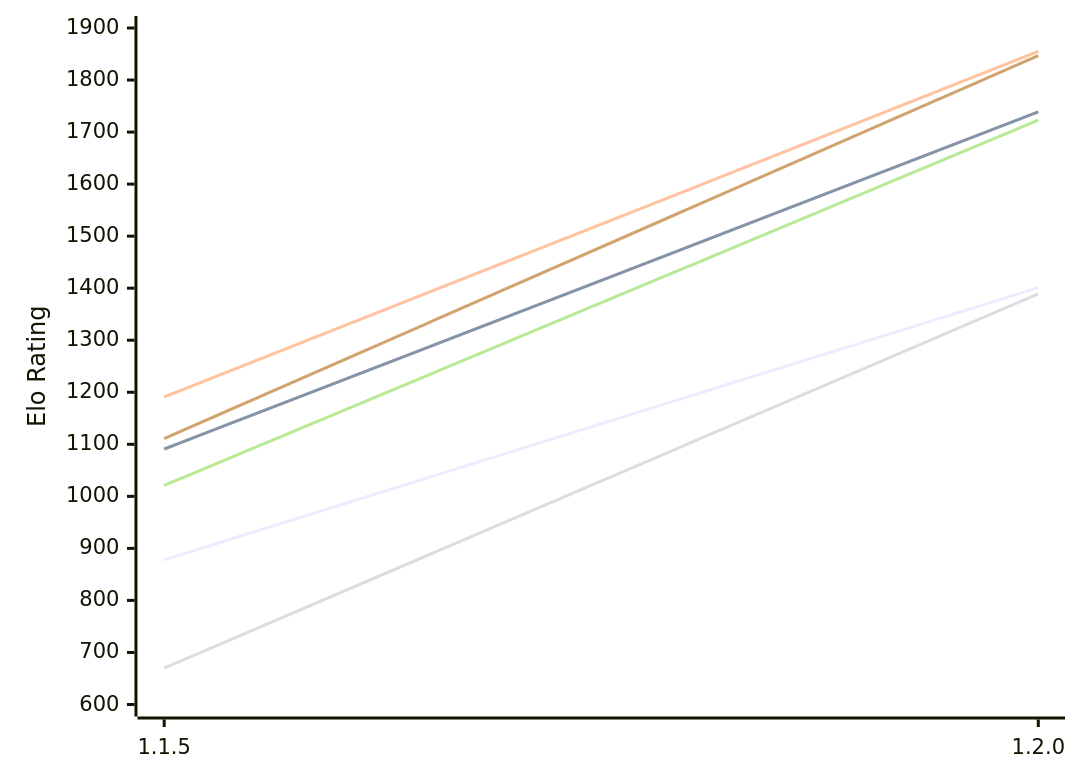
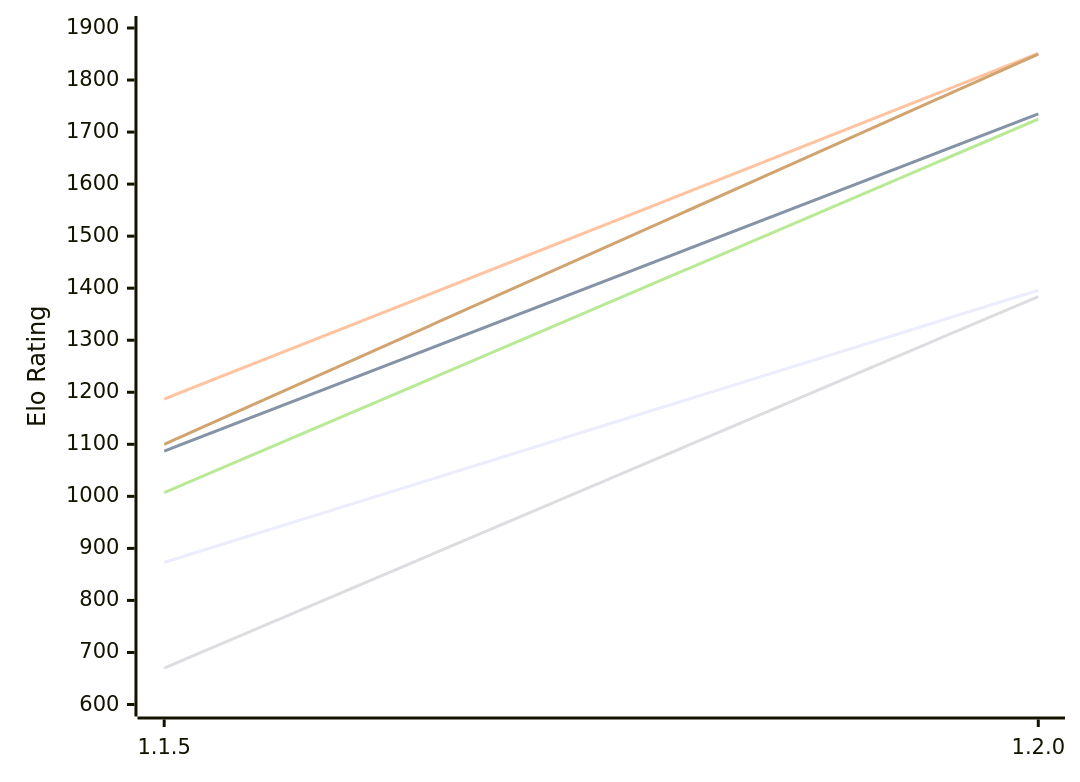
Before and after one commit to computer-chess-index/cci: the first of 2 diagrams in engines/ChessCore.md, drawn with Mermaid. The commit also changed other lines of this file, not shown here.

Commit message:
Update CCI Ratings (ELO VLTC) - 2026-11-21

````diff
--- a/engines/ChessCore.md
+++ b/engines/ChessCore.md
@@ -53,12 +53,12 @@
 ```mermaid
 %%{init: {"theme":"base","themeVariables":{"seriesColors:['#a3a3a3','#222221','#faa371']}}}%%
 xychart-beta
   x-axis ["1.1.5", "1.2.0"]
   y-axis "Elo Rating" 600 --> 1900
-  line "E1: STC (8.0+0.08s)" [878, 1401]
-  line "E1: LTC (60.0+0.60s)" [1091, 1739]
-  line "E1: VLTC (2m24s+1.12s)" [1191, 1855]
-  line "P1: STC (8.0+0.08s)" [670, 1389]
-  line "P1: LTC (60.0+0.60s)" [1021, 1723]
-  line "P1: VLTC (2m24s+1.12s)" [1111, 1847]
+  line "E1: STC (8.0+0.08s)" [873, 1396]
+  line "E1: LTC (60.0+0.60s)" [1087, 1735]
+  line "E1: VLTC (2m24s+1.12s)" [1187, 1851]
+  line "P1: STC (8.0+0.08s)" [670, 1384]
+  line "P1: LTC (60.0+0.60s)" [1007, 1725]
+  line "P1: VLTC (2m24s+1.12s)" [1100, 1850]
 ```
````
